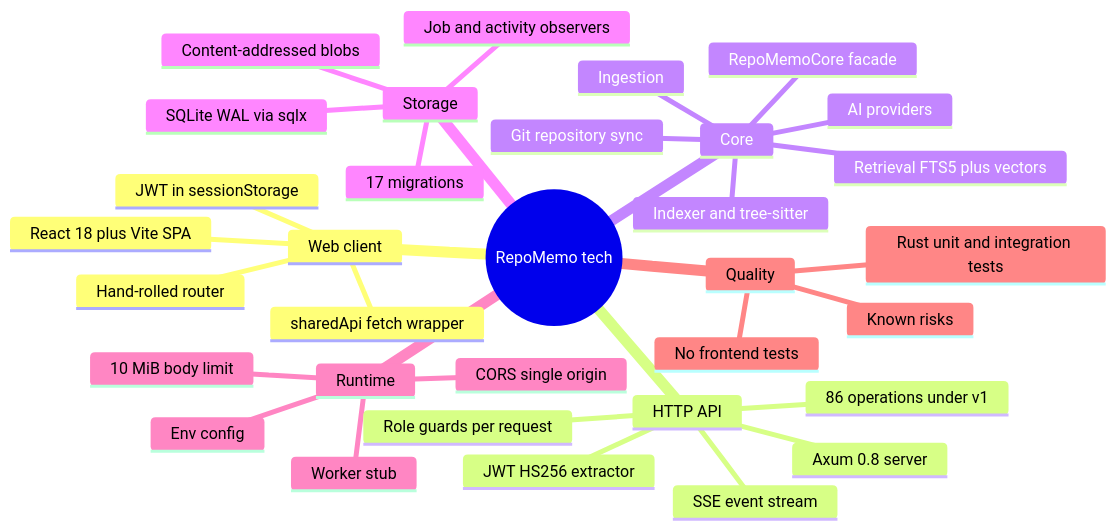
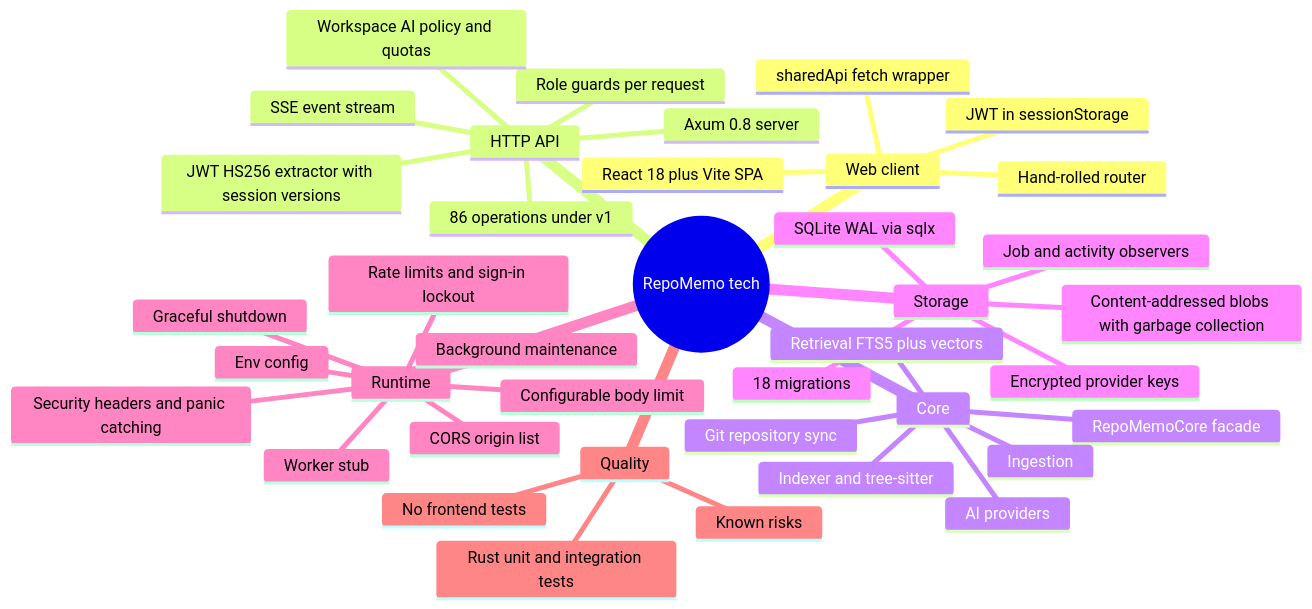
Before and after one commit to winksen/RepoMemo: the first of 6 diagrams in mindmap/TECHNICAL_MINDMAP.md, drawn with Mermaid. The commit also changed other lines of this file and 31 other files, not shown here.

````diff
--- a/mindmap/TECHNICAL_MINDMAP.md
+++ b/mindmap/TECHNICAL_MINDMAP.md
@@ -11,36 +11,42 @@
 ```mermaid
 mindmap
   root((RepoMemo tech))
     Web client
       React 18 plus Vite SPA
       Hand-rolled router
       sharedApi fetch wrapper
       JWT in sessionStorage
     HTTP API
       Axum 0.8 server
       86 operations under v1
-      JWT HS256 extractor
+      JWT HS256 extractor with session versions
       Role guards per request
+      Workspace AI policy and quotas
       SSE event stream
     Core
       RepoMemoCore facade
       Ingestion
       Indexer and tree-sitter
       Retrieval FTS5 plus vectors
       Git repository sync
       AI providers
     Storage
       SQLite WAL via sqlx
-      17 migrations
-      Content-addressed blobs
+      18 migrations
+      Content-addressed blobs with garbage collection
+      Encrypted provider keys
       Job and activity observers
     Runtime
       Env config
-      CORS single origin
-      10 MiB body limit
+      CORS origin list
+      Configurable body limit
+      Rate limits and sign-in lockout
+      Security headers and panic catching
+      Background maintenance
+      Graceful shutdown
       Worker stub
     Quality
       Rust unit and integration tests
       No frontend tests
       Known risks
 ```
````
